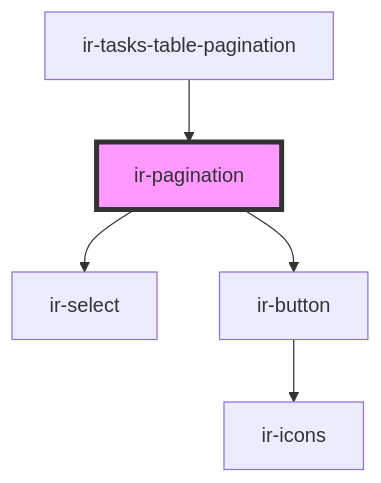
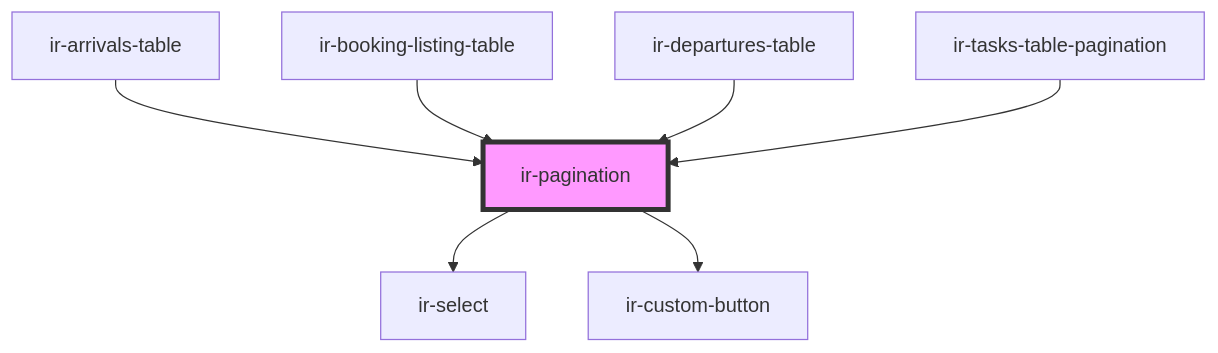
The diagram in src/components/ir-pagination/readme.md (RonyRizk/ir-webcmp), drawn with Mermaid before and after one commit. The commit also changed other lines of this file and 433 other files, not shown here.

Commit message:
Arrivals / Departures new screens

````diff
--- a/src/components/ir-pagination/readme.md
+++ b/src/components/ir-pagination/readme.md
@@ -48,8 +51,10 @@
 ```mermaid
 graph TD;
   ir-pagination --> ir-select
-  ir-pagination --> ir-button
-  ir-button --> ir-icons
+  ir-pagination --> ir-custom-button
+  ir-arrivals-table --> ir-pagination
+  ir-booking-listing-table --> ir-pagination
+  ir-departures-table --> ir-pagination
   ir-tasks-table-pagination --> ir-pagination
   style ir-pagination fill:#f9f,stroke:#333,stroke-width:4px
 ```
````
